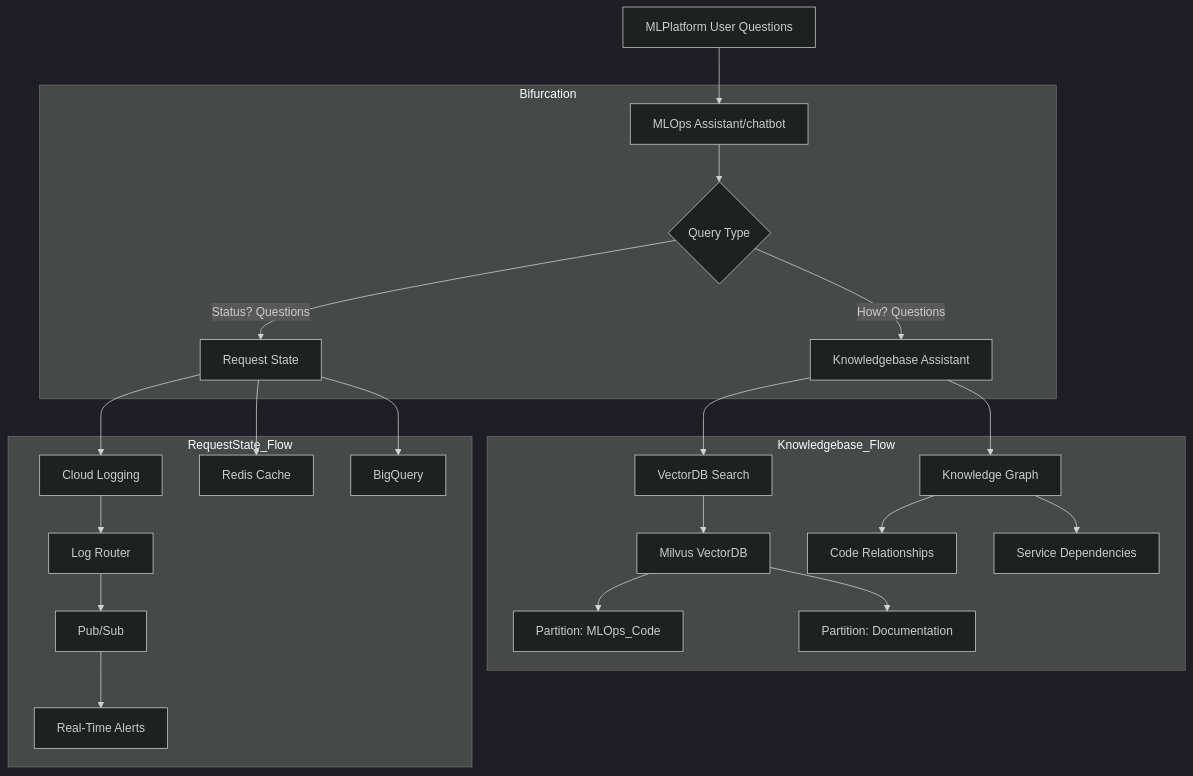
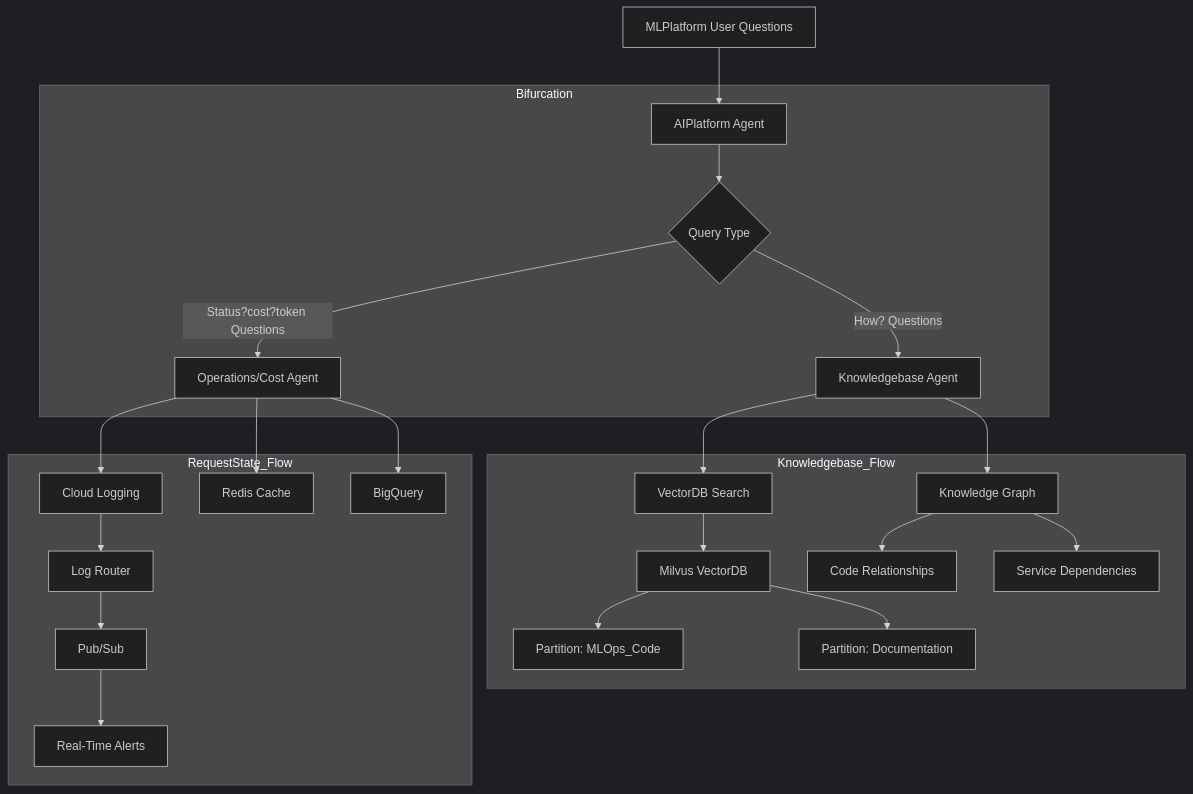
The second of 15 diagrams in README.md (raju1stnov/my_chatbot), drawn with Mermaid (dark theme) before and after one commit. The commit also changed other lines of this file, not shown here.

````diff
--- a/README.md
+++ b/README.md
@@ -80,29 +91,29 @@
 ```mermaid
 flowchart TD
-    A[MLPlatform User Questions] --> B[MLOps Assistant/chatbot]
+    A[MLPlatform User Questions] --> B[AIPlatform Agent]
   
     subgraph Bifurcation
         B --> C{Query Type}
-        C -->|"How?" Questions| D[Knowledgebase Assistant]
-        C -->|"Status?" Questions| E[Request State]
+        C -->|"How?" Questions| D[Knowledgebase Agent]
+        C -->|"Status?cost?token" Questions| E[Operations/Cost Agent]
     end
   
     subgraph Knowledgebase_Flow
         D --> F[VectorDB Search]
         D --> G[Knowledge Graph]
         F --> H[Milvus VectorDB]
         H --> I[Partition: MLOps_Code]
         H --> J[Partition: Documentation]
         G --> K[Code Relationships]
         G --> L[Service Dependencies]
     end
   
     subgraph RequestState_Flow
         E --> M[Cloud Logging]
         E --> N[Redis Cache]
         E --> O[BigQuery]
         M --> P[Log Router]
         P --> Q[Pub/Sub]
         Q --> R[Real-Time Alerts]
     end
 ```
````
